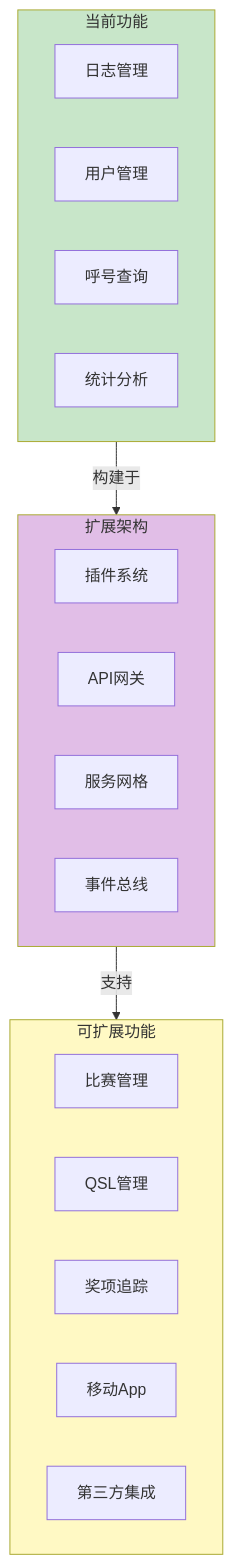
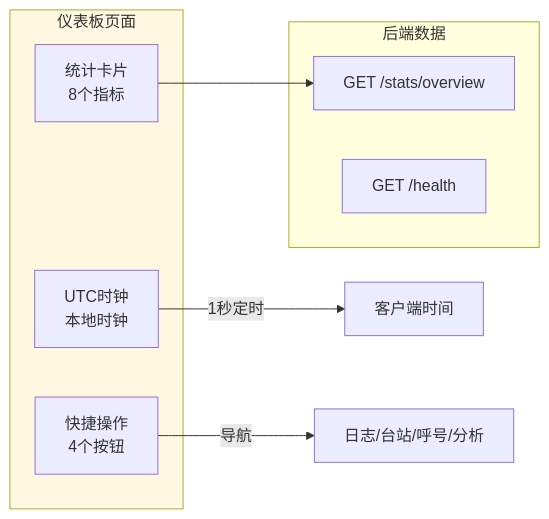
One commit to NanamiKite/radioManger changed diagram 12 of 13 in doc/07_系统架构图.md. Above: the diagram before and after it, drawn with Mermaid. The commit also changed other lines of this file and 83 other files, not shown here.

````diff
--- a/doc/07_系统架构图.md
+++ b/doc/07_系统架构图.md
@@ -546,31 +291,19 @@
 ```mermaid
-graph TB
-    subgraph Current["当前功能"]
-        LogMgmt["日志管理"]
-        UserMgmt["用户管理"]
-        QueryFunc["呼号查询"]
-        StatsFunc["统计分析"]
+graph LR
+    subgraph Dashboard["仪表板页面"]
+        Clock["UTC时钟<br/>本地时钟"]
+        Stats["统计卡片<br/>8个指标"]
+        Actions["快捷操作<br/>4个按钮"]
     end
-    
-    subgraph Future["可扩展功能"]
-        ContestMgmt["比赛管理"]
-        QSLMgmt["QSL管理"]
-        AwardTracking["奖项追踪"]
-        MobileApp["移动App"]
-        APIIntegration["第三方集成"]
+
+    subgraph BackendData["后端数据"]
+        Overview["GET /stats/overview"]
+        Health["GET /health"]
     end
-    
-    subgraph Architecture["扩展架构"]
-        PluginSystem["插件系统"]
-        APIGateway["API网关"]
-        ServiceMesh["服务网格"]
-        EventBus["事件总线"]
-    end
-    
-    Current -->|构建于| Architecture
-    Architecture -->|支持| Future
-    
-    style Current fill:#c8e6c9
-    style Future fill:#fff9c4
-    style Architecture fill:#e1bee7
+
+    Clock -->|1秒定时| ClientTime["客户端时间"]
+    Stats --> Overview
+    Actions -->|导航| Pages["日志/台站/呼号/分析"]
+
+    style Dashboard fill:#fff8e1
 ```
````
